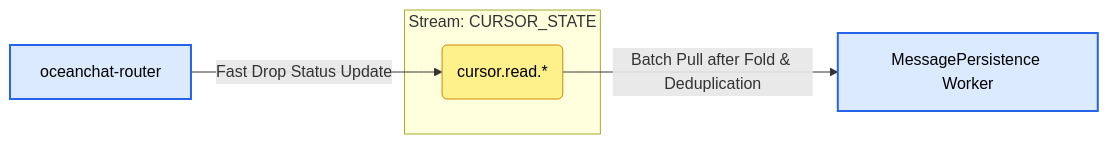
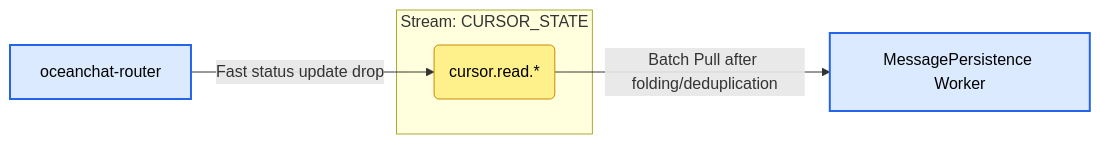
Before and after one commit to JamesWilson19970101/ocean.chat.docs: the seventh of 13 diagrams in docs/devdocs/jetstream-strategy.md, drawn with Mermaid. The commit also changed other lines of this file and 1 other file, not shown here.

````diff
--- a/docs/devdocs/jetstream-strategy.md
+++ b/docs/devdocs/jetstream-strategy.md
@@ -331,16 +350,16 @@
 ```mermaid
 flowchart LR
   classDef gateway fill:#f3e8ff,stroke:#9333ea,stroke-width:2px,color:#000;
   classDef service fill:#dbeafe,stroke:#2563eb,stroke-width:2px,color:#000;
   classDef subject fill:#fef08a,stroke:#ca8a04,stroke-width:1px,color:#000;
 
   P[oceanchat-router]:::service
   C[MessagePersistence Worker]:::service
 
   subgraph Stream: CURSOR_STATE
     SUB(cursor.read.*):::subject
   end
 
-  P -- Fast Drop Status Update --> SUB
-  SUB -- Batch Pull after Fold & Deduplication --> C
+  P -- Fast status update drop --> SUB
+  SUB -- Batch Pull after folding/deduplication --> C
 ```
````
